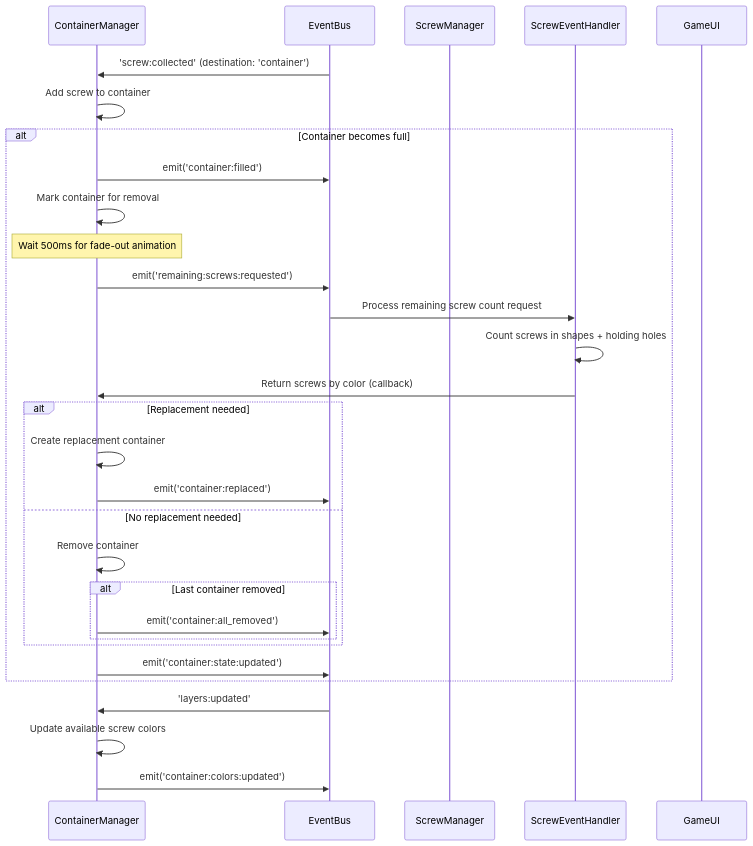
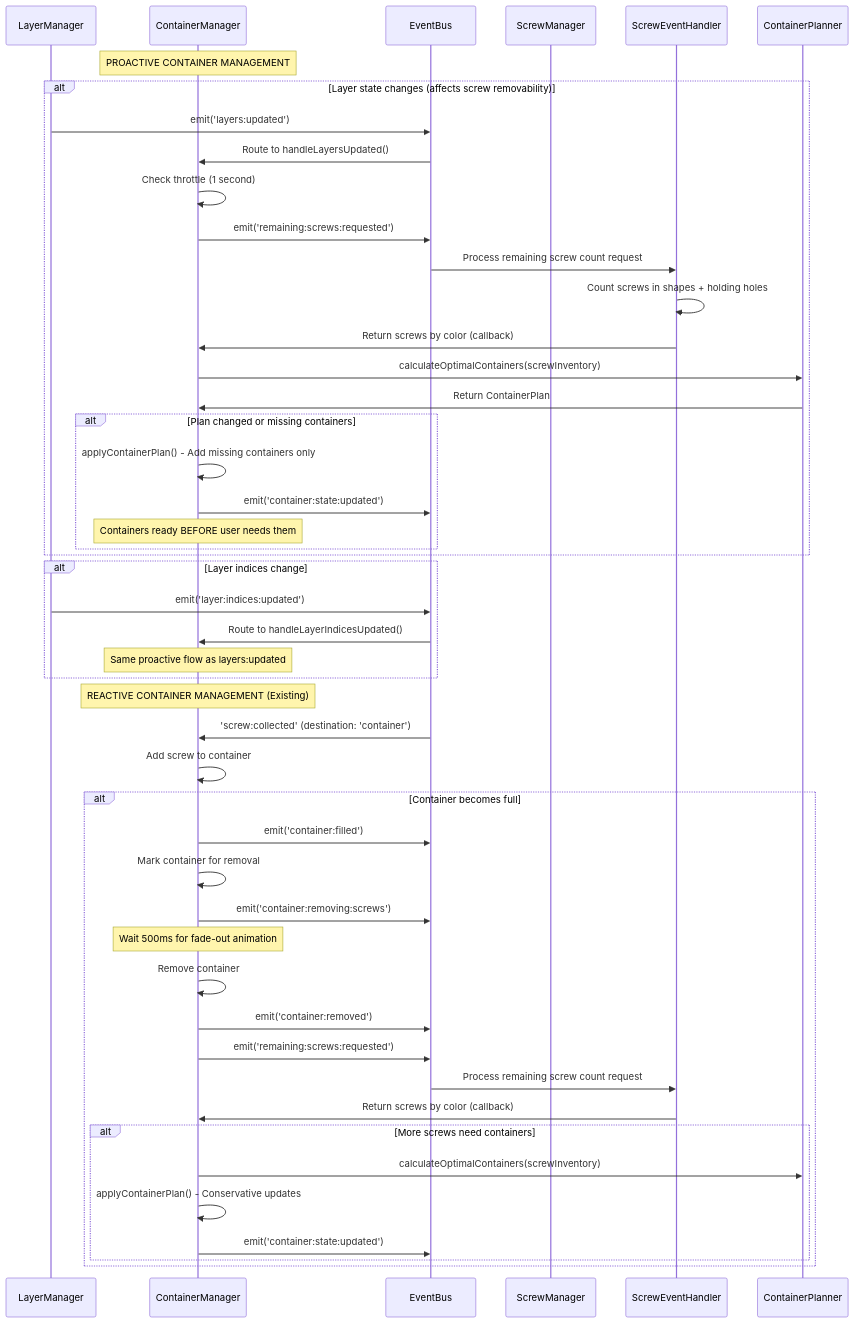
One commit to paulrobello/par-shape-2d changed the second of 6 diagrams in docs/game_event_flows.md. Above: the diagram before and after it, drawn with Mermaid. The commit also changed other lines of this file, not shown here.

First line of the commit message:
Update game event flows documentation for recent improvements

````diff
--- a/docs/game_event_flows.md
+++ b/docs/game_event_flows.md
@@ -149,38 +151,59 @@
 ```mermaid
 sequenceDiagram
+    participant LM as LayerManager
     participant CM as ContainerManager
     participant EB as EventBus
     participant SM as ScrewManager
     participant SEH as ScrewEventHandler
-    participant UI as GameUI
+    participant CP as ContainerPlanner
 
+    Note over CM: PROACTIVE CONTAINER MANAGEMENT
+    
+    alt Layer state changes (affects screw removability)
+        LM->>EB: emit('layers:updated')
+        EB->>CM: Route to handleLayersUpdated()
+        CM->>CM: Check throttle (1 second)
+        CM->>EB: emit('remaining:screws:requested')
+        EB->>SEH: Process remaining screw count request
+        SEH->>SEH: Count screws in shapes + holding holes
+        SEH->>CM: Return screws by color (callback)
+        CM->>CP: calculateOptimalContainers(screwInventory)
+        CP->>CM: Return ContainerPlan
+        
+        alt Plan changed or missing containers
+            CM->>CM: applyContainerPlan() - Add missing containers only
+            CM->>EB: emit('container:state:updated')
+            Note over CM: Containers ready BEFORE user needs them
+        end
+    end
+    
+    alt Layer indices change
+        LM->>EB: emit('layer:indices:updated')
+        EB->>CM: Route to handleLayerIndicesUpdated()
+        Note over CM: Same proactive flow as layers:updated
+    end
+
+    Note over CM: REACTIVE CONTAINER MANAGEMENT (Existing)
+    
     EB->>CM: 'screw:collected' (destination: 'container')
     CM->>CM: Add screw to container
     
     alt Container becomes full
         CM->>EB: emit('container:filled')
         CM->>CM: Mark container for removal
+        CM->>EB: emit('container:removing:screws')
         
         Note over CM: Wait 500ms for fade-out animation
+        CM->>CM: Remove container
+        CM->>EB: emit('container:removed')
         CM->>EB: emit('remaining:screws:requested')
         EB->>SEH: Process remaining screw count request
-        SEH->>SEH: Count screws in shapes + holding holes
         SEH->>CM: Return screws by color (callback)
         
-        alt Replacement needed
-            CM->>CM: Create replacement container
-            CM->>EB: emit('container:replaced')
-        else No replacement needed
-            CM->>CM: Remove container
-            alt Last container removed
-                CM->>EB: emit('container:all_removed')
-            end
+        alt More screws need containers
+            CM->>CP: calculateOptimalContainers(screwInventory)
+            CM->>CM: applyContainerPlan() - Conservative updates
+            CM->>EB: emit('container:state:updated')
         end
-        
-        CM->>EB: emit('container:state:updated')
     end
-    
-    EB->>CM: 'layers:updated'
-    CM->>CM: Update available screw colors
-    CM->>EB: emit('container:colors:updated')
 ```
````
